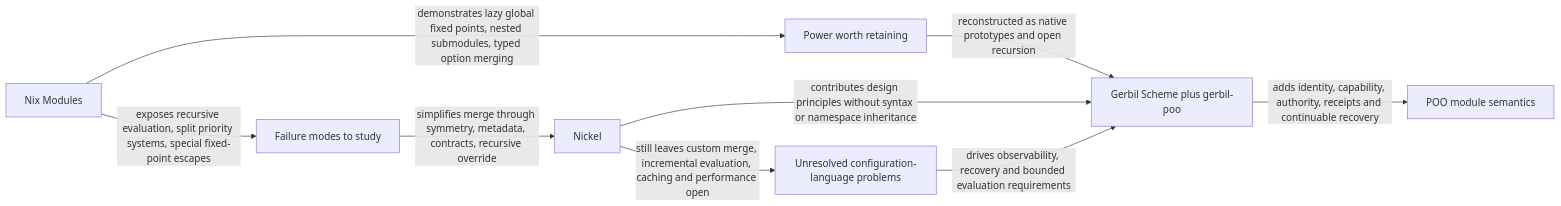
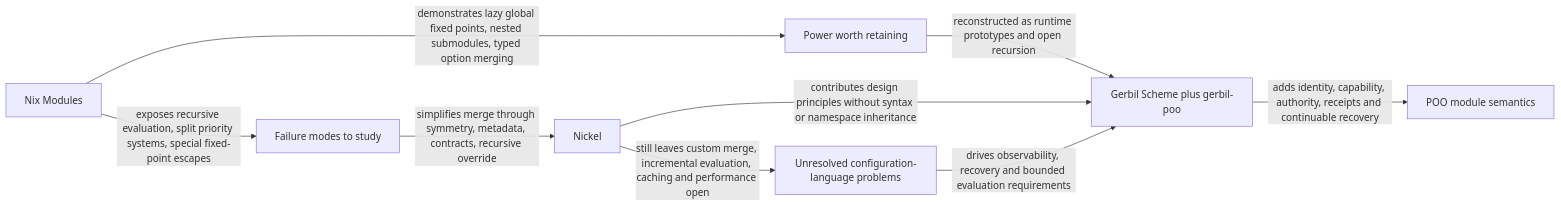
One commit to tao3k/gebril-yuanxu changed the first of 3 diagrams in module-system/design/45-30-nix-modules-and-nickel-design-reflection.org. Above: the diagram before and after it, drawn with Mermaid. The commit also changed other lines of this file and 1469 other files, not shown here.

```diff
--- a/module-system/design/45-30-nix-modules-and-nickel-design-reflection.org
+++ b/module-system/design/45-30-nix-modules-and-nickel-design-reflection.org
@@ -30,11 +30,11 @@
 #+begin_src mermaid
 flowchart LR
   N["Nix Modules"] -->|"demonstrates lazy global fixed points, nested submodules, typed option merging"| P["Power worth retaining"]
   N -->|"exposes recursive evaluation, split priority systems, special fixed-point escapes"| F["Failure modes to study"]
   F -->|"simplifies merge through symmetry, metadata, contracts, recursive override"| K["Nickel"]
   K -->|"still leaves custom merge, incremental evaluation, caching and performance open"| O["Unresolved configuration-language problems"]
-  P -->|"reconstructed as native prototypes and open recursion"| G["Gerbil Scheme plus gerbil-poo"]
+  P -->|"reconstructed as runtime prototypes and open recursion"| G["Gerbil Scheme plus gerbil-poo"]
   K -->|"contributes design principles without syntax or namespace inheritance"| G
   O -->|"drives observability, recovery and bounded evaluation requirements"| G
   G -->|"adds identity, capability, authority, receipts and continuable recovery"| M["POO module semantics"]
 #+end_src
```
